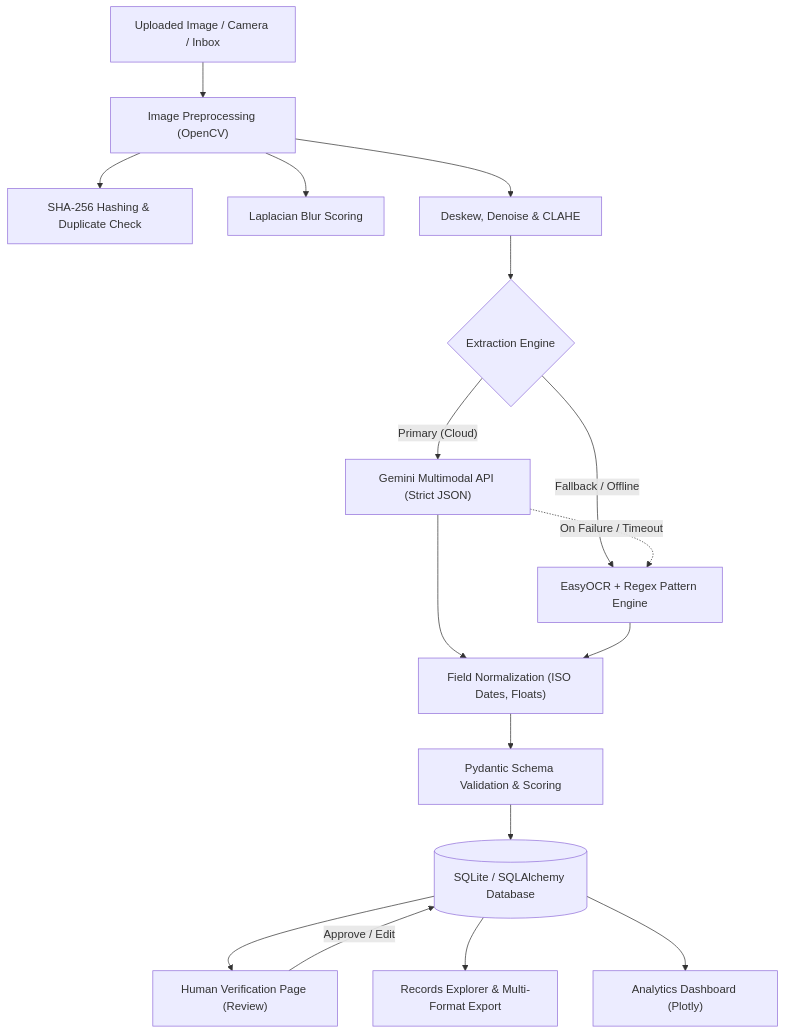
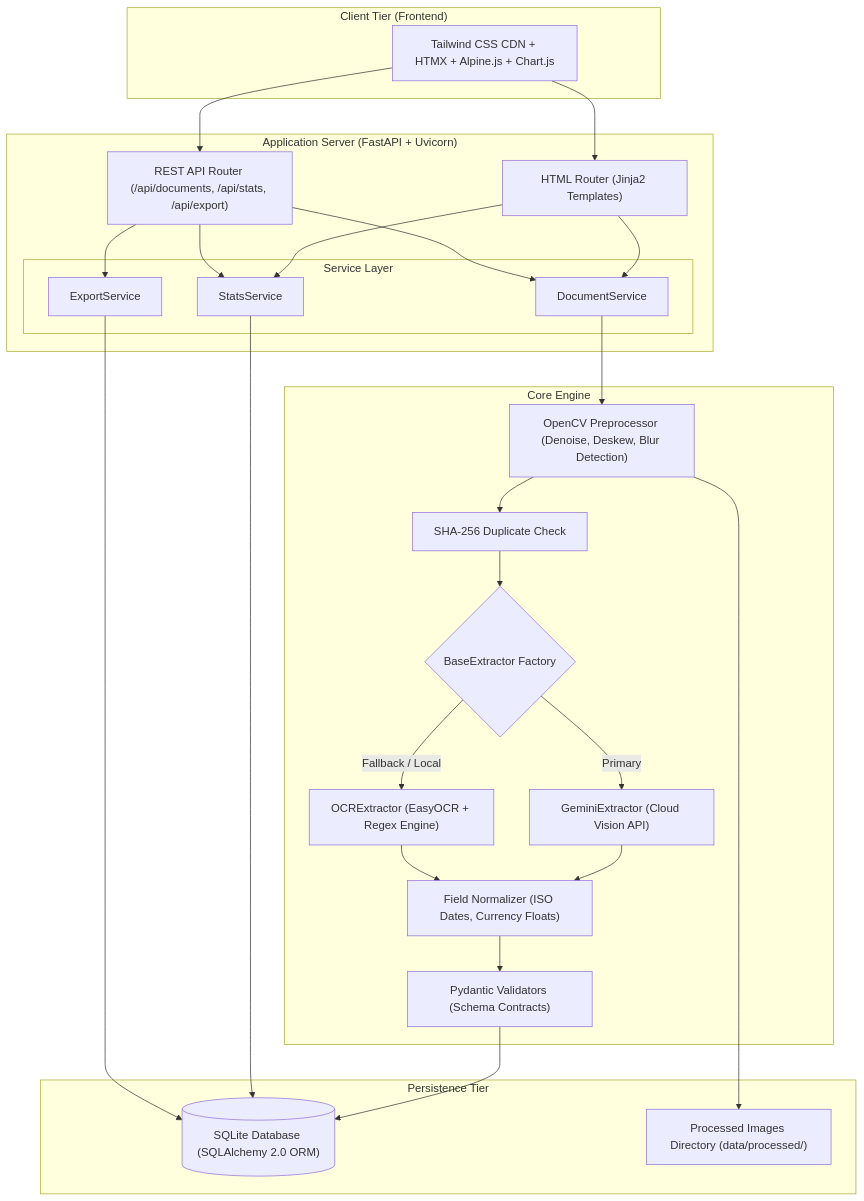
Before and after one commit to joelmalin13/Photo-to-database-automation-system: the diagram in README.md, drawn with Mermaid. The commit also changed other lines of this file and 33 other files, not shown here.

Commit message:
Upgrade SnapBase to professional FastAPI + HTMX architecture, removing Streamlit

````diff
--- a/README.md
+++ b/README.md
@@ -42,23 +45,53 @@
 ```mermaid
 flowchart TD
-    A["Uploaded Image / Camera / Inbox"] --> B["Image Preprocessing (OpenCV)"]
-    B --> B1["SHA-256 Hashing & Duplicate Check"]
-    B --> B2["Laplacian Blur Scoring"]
-    B --> B3["Deskew, Denoise & CLAHE"]
-    
-    B3 --> C{"Extraction Engine"}
-    C -->|"Primary (Cloud)"| D["Gemini Multimodal API (Strict JSON)"]
-    C -->|"Fallback / Offline"| E["EasyOCR + Regex Pattern Engine"]
-    D -.->|"On Failure / Timeout"| E
-    
-    D --> F["Field Normalization (ISO Dates, Floats)"]
-    E --> F
-    
-    F --> G["Pydantic Schema Validation & Scoring"]
-    G --> H[("SQLite / SQLAlchemy Database")]
-    
-    H --> I["Human Verification Page (Review)"]
-    I -->|"Approve / Edit"| H
-    H --> J["Records Explorer & Multi-Format Export"]
-    H --> K["Analytics Dashboard (Plotly)"]
+    subgraph Client["Client Tier (Frontend)"]
+        UI["Tailwind CSS CDN + HTMX + Alpine.js + Chart.js"]
+    end
+
+    subgraph Server["Application Server (FastAPI + Uvicorn)"]
+        RouterPages["HTML Router (Jinja2 Templates)"]
+        RouterAPI["REST API Router (/api/documents, /api/stats, /api/export)"]
+        
+        subgraph Services["Service Layer"]
+            DocService["DocumentService"]
+            StatsService["StatsService"]
+            ExportService["ExportService"]
+        end
+        
+        RouterPages --> DocService
+        RouterPages --> StatsService
+        RouterAPI --> DocService
+        RouterAPI --> StatsService
+        RouterAPI --> ExportService
+    end
+
+    subgraph Core["Core Engine"]
+        Preprocess["OpenCV Preprocessor (Denoise, Deskew, Blur Detection)"]
+        Hasher["SHA-256 Duplicate Check"]
+        Extractor{"BaseExtractor Factory"}
+        GeminiExt["GeminiExtractor (Cloud Vision API)"]
+        OCRExt["OCRExtractor (EasyOCR + Regex Engine)"]
+        Normalizer["Field Normalizer (ISO Dates, Currency Floats)"]
+        Validator["Pydantic Validators (Schema Contracts)"]
+    end
+
+    subgraph Storage["Persistence Tier"]
+        DB[("SQLite Database (SQLAlchemy 2.0 ORM)")]
+        DiskStorage["Processed Images Directory (data/processed/)"]
+    end
+
+    UI --> RouterPages
+    UI --> RouterAPI
+    DocService --> Preprocess
+    Preprocess --> Hasher
+    Hasher --> Extractor
+    Extractor -->|"Primary"| GeminiExt
+    Extractor -->|"Fallback / Local"| OCRExt
+    GeminiExt --> Normalizer
+    OCRExt --> Normalizer
+    Normalizer --> Validator
+    Validator --> DB
+    Preprocess --> DiskStorage
+    StatsService --> DB
+    ExportService --> DB
 ```
````
